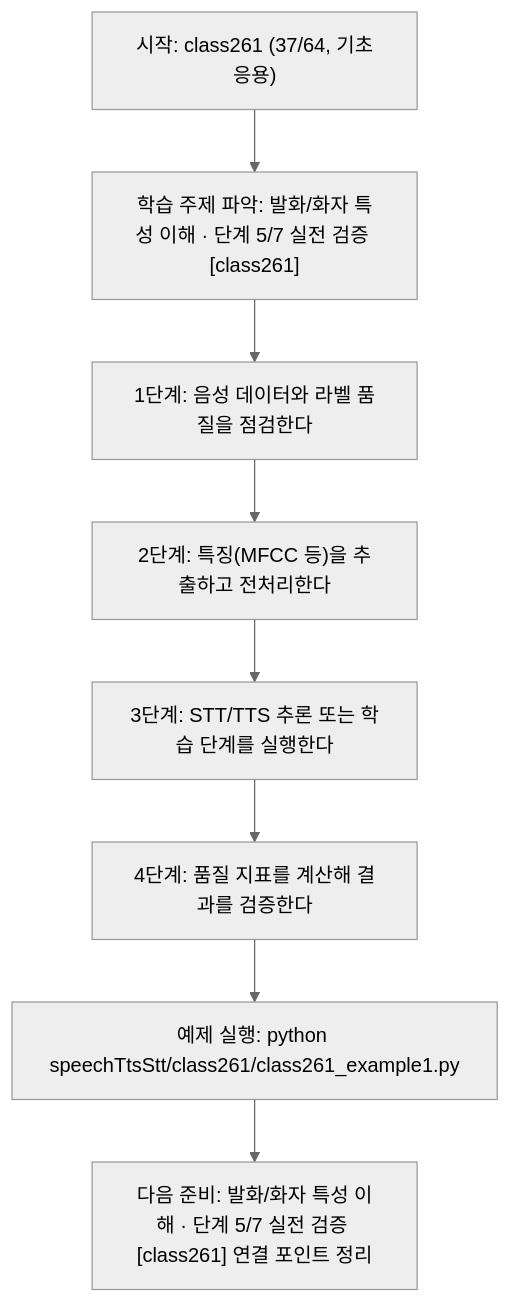
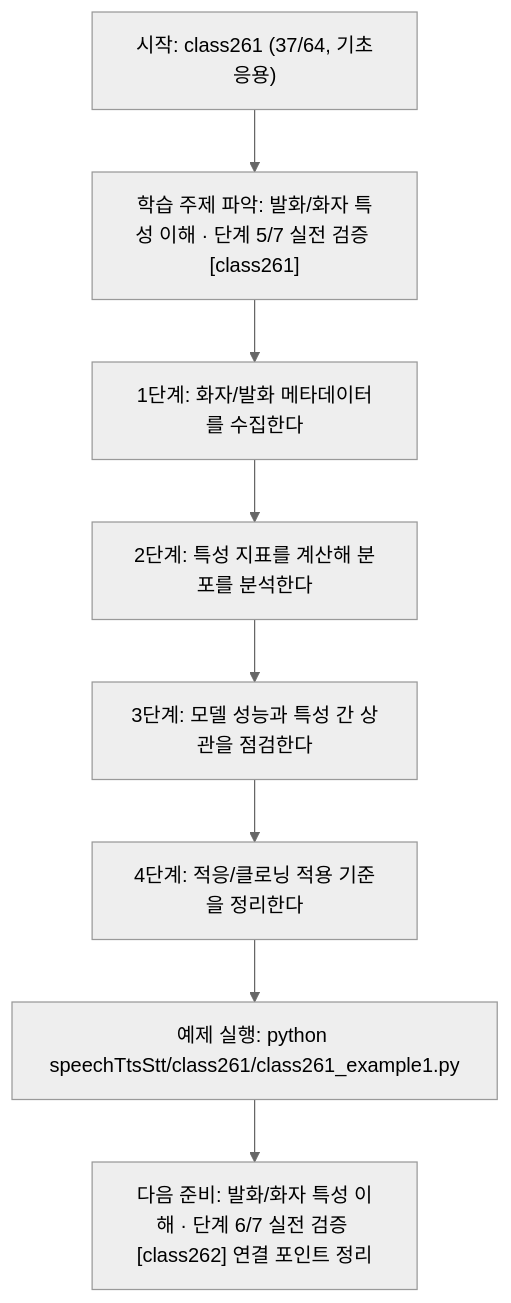
Before and after one commit to edumgt/Python-AI_Agent-Class: the diagram in speechTtsStt/class261/class261.md, drawn with Mermaid (neutral theme). The commit also changed other lines of this file and 1122 other files, not shown here.

````diff
--- a/speechTtsStt/class261/class261.md
+++ b/speechTtsStt/class261/class261.md
@@ -115,18 +95,18 @@
 ```mermaid
 flowchart TD
 N1["시작: class261 (37/64, 기초응용)"]
 N2["학습 주제 파악: 발화/화자 특성 이해 · 단계 5/7 실전 검증 [class261]"]
-N3["1단계: 음성 데이터와 라벨 품질을 점검한다"]
-N4["2단계: 특징(MFCC 등)을 추출하고 전처리한다"]
-N5["3단계: STT/TTS 추론 또는 학습 단계를 실행한다"]
-N6["4단계: 품질 지표를 계산해 결과를 검증한다"]
+N3["1단계: 화자/발화 메타데이터를 수집한다"]
+N4["2단계: 특성 지표를 계산해 분포를 분석한다"]
+N5["3단계: 모델 성능과 특성 간 상관을 점검한다"]
+N6["4단계: 적응/클로닝 적용 기준을 정리한다"]
 N7["예제 실행: python speechTtsStt/class261/class261_example1.py"]
-N8["다음 준비: 발화/화자 특성 이해 · 단계 5/7 실전 검증 [class261] 연결 포인트 정리"]
+N8["다음 준비: 발화/화자 특성 이해 · 단계 6/7 실전 검증 [class262] 연결 포인트 정리"]
 N1 --> N2
 N2 --> N3
 N3 --> N4
 N4 --> N5
 N5 --> N6
 N6 --> N7
 N7 --> N8
 ```
````
